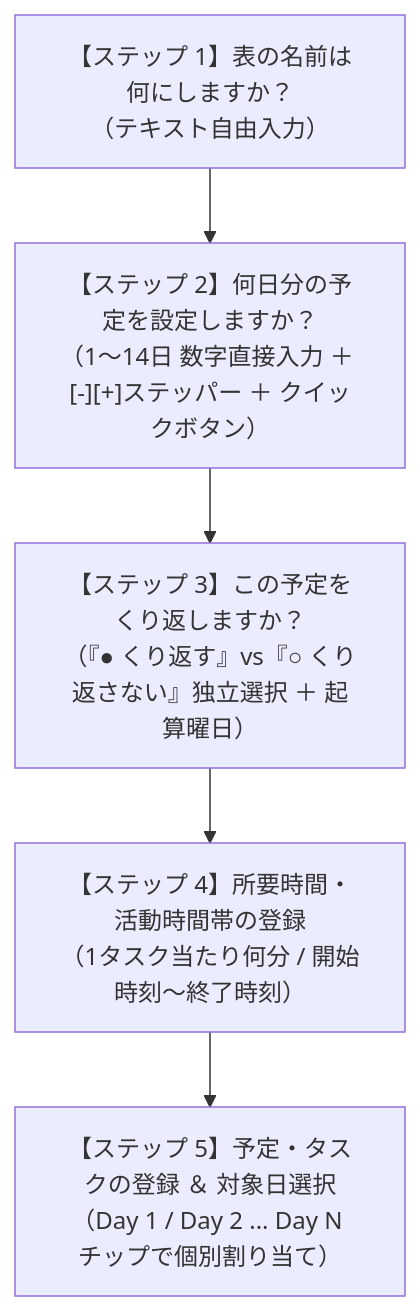
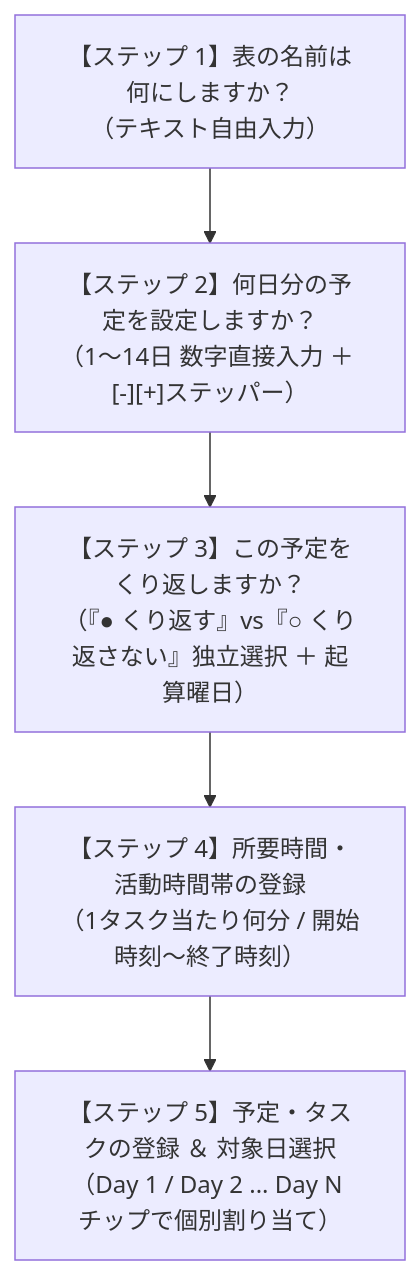
The fifth of 5 diagrams in Plan22.md (chku25062-sketch/creation_1), drawn with Mermaid before and after one commit. The commit also changed other lines of this file and 1 other file, not shown here.

````diff
--- a/Plan22.md
+++ b/Plan22.md
@@ -610,10 +610,10 @@
 ```mermaid
 flowchart TD
     Step1["【ステップ 1】表の名前は何にしますか？\n（テキスト自由入力）"]
-    Step2["【ステップ 2】何日分の予定を設定しますか？\n（1〜14日 数字直接入力 ＋ [-][+]ステッパー ＋ クイックボタン）"]
+    Step2["【ステップ 2】何日分の予定を設定しますか？\n（1〜14日 数字直接入力 ＋ [-][+]ステッパー）"]
     Step3["【ステップ 3】この予定をくり返しますか？\n（『● くり返す』vs『○ くり返さない』独立選択 ＋ 起算曜日）"]
     Step4["【ステップ 4】所要時間・活動時間帯の登録\n（1タスク当たり何分 / 開始時刻〜終了時刻）"]
     Step5["【ステップ 5】予定・タスクの登録 ＆ 対象日選択\n（Day 1 / Day 2 ... Day N チップで個別割り当て）"]
 
     Step1 --> Step2 --> Step3 --> Step4 --> Step5
 ```
````
